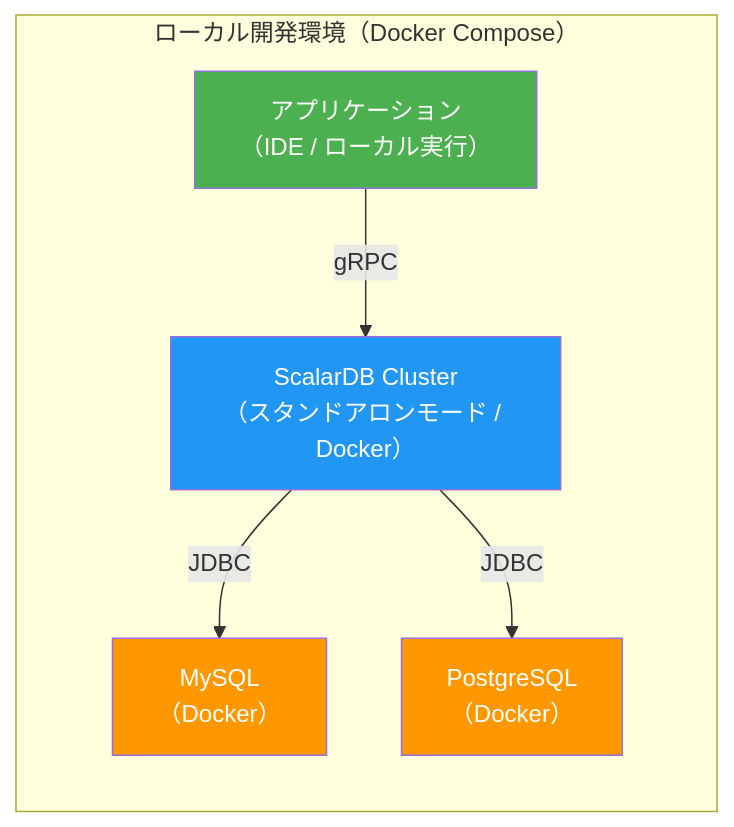
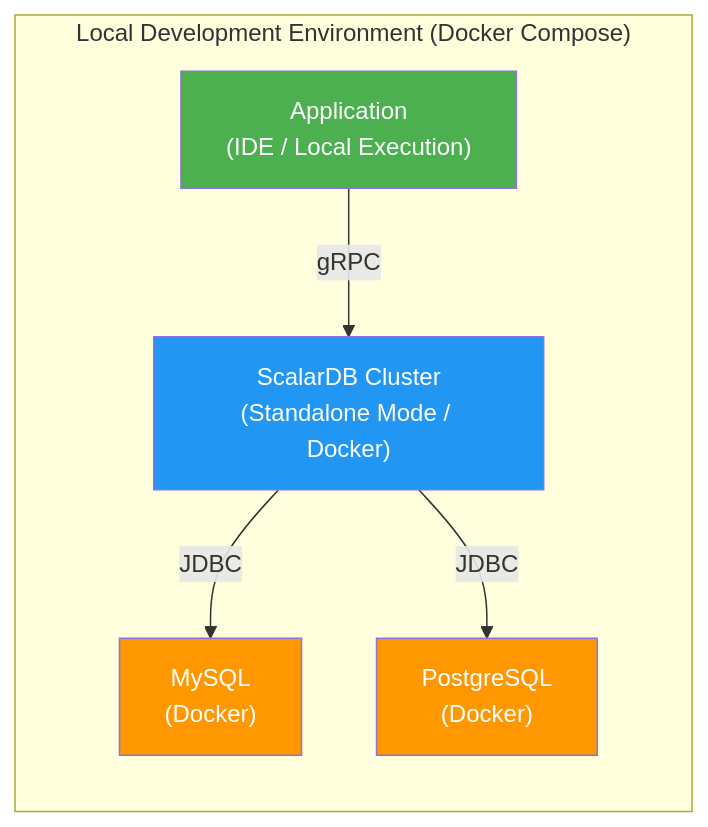
Before and after one commit to wfukatsu/nexus-architect: the second of 2 diagrams in workflow/greenfield/12_testing_strategy.md, drawn with Mermaid. The commit also changed other lines of this file, not shown here.

````diff
--- a/workflow/greenfield/12_testing_strategy.md
+++ b/workflow/greenfield/12_testing_strategy.md
@@ -366,18 +367,18 @@
 ```mermaid
 graph LR
-    subgraph ローカル環境["ローカル開発環境（Docker Compose）"]
-        APP["アプリケーション<br/>（IDE / ローカル実行）"]
-        SCALARDB["ScalarDB Cluster<br/>（スタンドアロンモード / Docker）"]
-        DB1["MySQL<br/>（Docker）"]
-        DB2["PostgreSQL<br/>（Docker）"]
+    subgraph LocalEnv["Local Development Environment (Docker Compose)"]
+        APP["Application<br/>(IDE / Local Execution)"]
+        SCALARDB["ScalarDB Cluster<br/>(Standalone Mode / Docker)"]
+        DB1["MySQL<br/>(Docker)"]
+        DB2["PostgreSQL<br/>(Docker)"]
     end
 
     APP -->|"gRPC"| SCALARDB
     SCALARDB -->|"JDBC"| DB1
     SCALARDB -->|"JDBC"| DB2
 
     style APP fill:#4CAF50,color:#fff
     style SCALARDB fill:#2196F3,color:#fff
     style DB1 fill:#FF9800,color:#fff
     style DB2 fill:#FF9800,color:#fff
 ```
````
